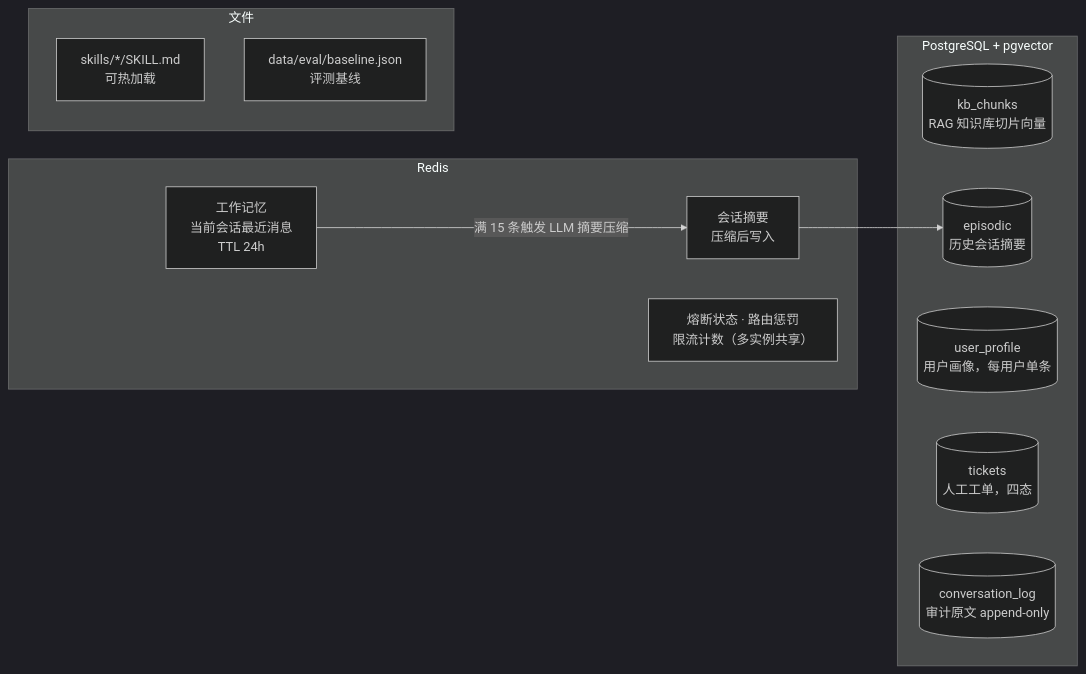
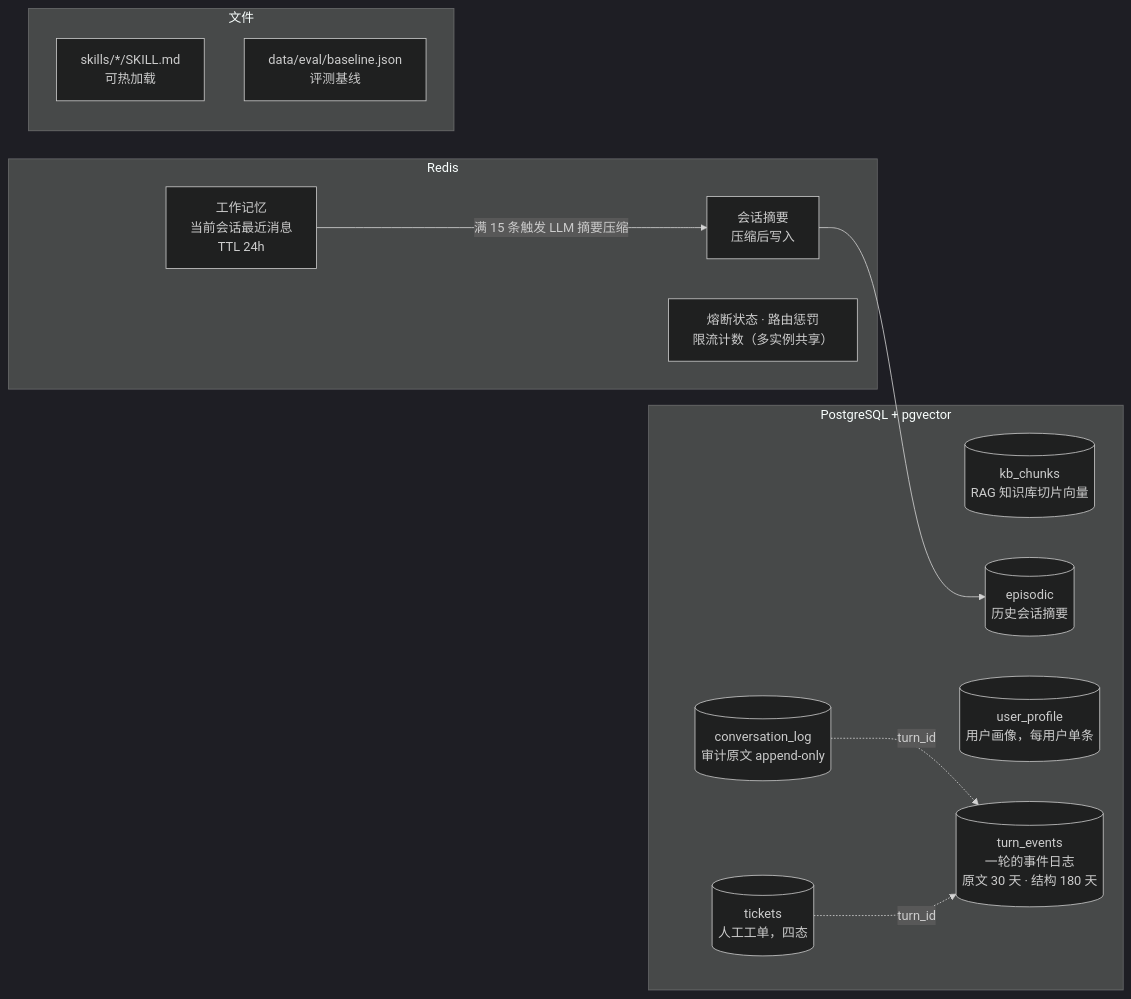
The fourth of 6 diagrams in docs/architecture.md (heyemlee/ai-helpdesk), drawn with Mermaid (dark theme) before and after one commit. The commit also changed other lines of this file and 8 other files, not shown here.

````diff
--- a/docs/architecture.md
+++ b/docs/architecture.md
@@ -111,22 +113,25 @@
 ```mermaid
 flowchart LR
     subgraph Redis
         WM[工作记忆<br/>当前会话最近消息<br/>TTL 24h]
         SUM[会话摘要<br/>压缩后写入]
         CB[熔断状态 · 路由惩罚<br/>限流计数（多实例共享）]
     end
     subgraph PG[PostgreSQL + pgvector]
         KB[(kb_chunks<br/>RAG 知识库切片向量)]
         EP[(episodic<br/>历史会话摘要)]
         UP[(user_profile<br/>用户画像，每用户单条)]
         TK[(tickets<br/>人工工单，四态)]
         CL[(conversation_log<br/>审计原文 append-only)]
+        TE[(turn_events<br/>一轮的事件日志<br/>原文 30 天 · 结构 180 天)]
     end
     subgraph 文件
         SK[skills/*/SKILL.md<br/>可热加载]
         BL[data/eval/baseline.json<br/>评测基线]
     end
 
     WM -->|满 15 条触发 LLM 摘要压缩| SUM
     SUM --> EP
+    CL -.->|turn_id| TE
+    TK -.->|turn_id| TE
 ```
````
